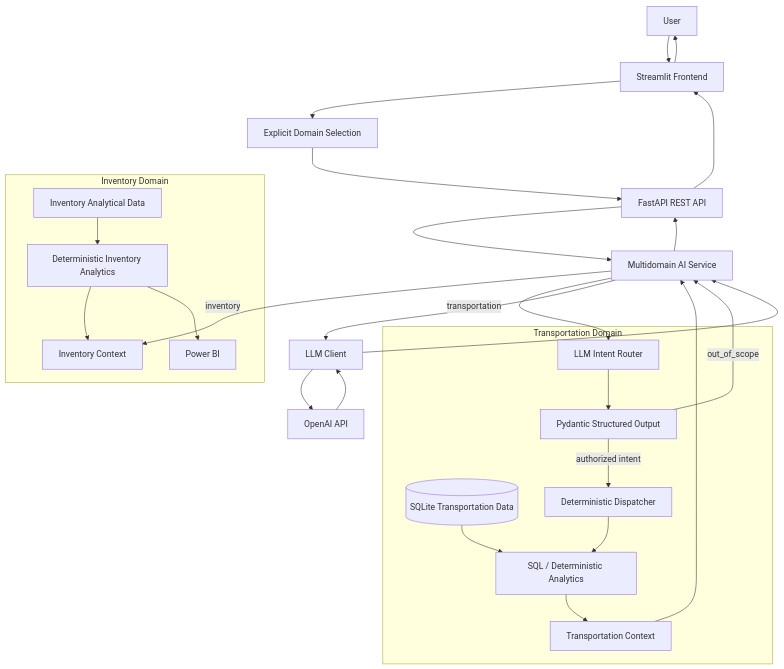
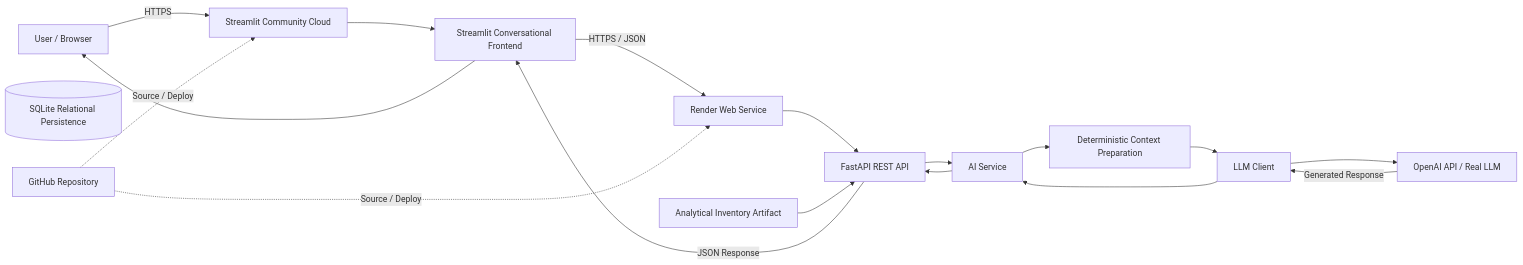
One commit to RodsSoares/ai-supply-chain-copilot changed the diagram in README.md. Above: the diagram before and after it, drawn with Mermaid. The commit also changed other lines of this file, not shown here.

````diff
--- a/README.md
+++ b/README.md
@@ -189,54 +258,42 @@
-``` mermaid
-flowchart TD
-    USER[User]
-    FE[Streamlit Frontend]
-    DOMAIN[Explicit Domain Selection]
+```mermaid
+flowchart LR
+    U[User / Browser]
+
+    SC[Streamlit Community Cloud]
+    FE[Streamlit Conversational Frontend]
+
+    R[Render Web Service]
     API[FastAPI REST API]
-    SERVICE[Multidomain AI Service]
 
-    subgraph INVENTORY[Inventory Domain]
-        INVDATA[Inventory Analytical Data]
-        INVAN[Deterministic Inventory Analytics]
-        INVCTX[Inventory Context]
-        BI[Power BI]
-        INVDATA --> INVAN
-        INVAN --> INVCTX
-        INVAN --> BI
-    end
+    ANALYTICAL[Analytical Inventory Artifact]
+    DB[(SQLite Relational Persistence)]
+    AI[AI Service]
+    CTX[Deterministic Context Preparation]
+    LLM[LLM Client]
 
-    subgraph TRANSPORTATION[Transportation Domain]
-        TRDB[(SQLite Transportation Data)]
-        ROUTER[LLM Intent Router]
-        CONTRACT[Pydantic Structured Output]
-        DISP[Deterministic Dispatcher]
-        TRAN[SQL / Deterministic Analytics]
-        TRCTX[Transportation Context]
-        ROUTER --> CONTRACT
-        CONTRACT -->|authorized intent| DISP
-        DISP --> TRAN
-        TRDB --> TRAN
-        TRAN --> TRCTX
-    end
+    OAI[OpenAI API / Real LLM]
 
-    CLIENT[LLM Client]
-    OAI[OpenAI API]
+    GH[GitHub Repository]
 
-    USER --> FE
-    FE --> DOMAIN
-    DOMAIN --> API
-    API --> SERVICE
+    U -->|HTTPS| SC
+    SC --> FE
 
-    SERVICE -->|inventory| INVCTX
-    SERVICE -->|transportation| ROUTER
-    CONTRACT -->|out_of_scope| SERVICE
-    TRCTX --> SERVICE
+    FE -->|HTTPS / JSON| R
+    R --> API
 
-    SERVICE --> CLIENT
-    CLIENT --> OAI
-    OAI --> CLIENT
-    CLIENT --> SERVICE
+    ANALYTICAL --> API
+    API --> AI
 
-    SERVICE --> API
-    API --> FE
-    FE --> USER
+    AI --> CTX
+    CTX --> LLM
+    LLM --> OAI
+    OAI -->|Generated Response| LLM
+    LLM --> AI
+
+    AI --> API
+    API -->|JSON Response| FE
+    FE --> U
+
+    GH -. Source / Deploy .-> SC
+    GH -. Source / Deploy .-> R
 ```
````
